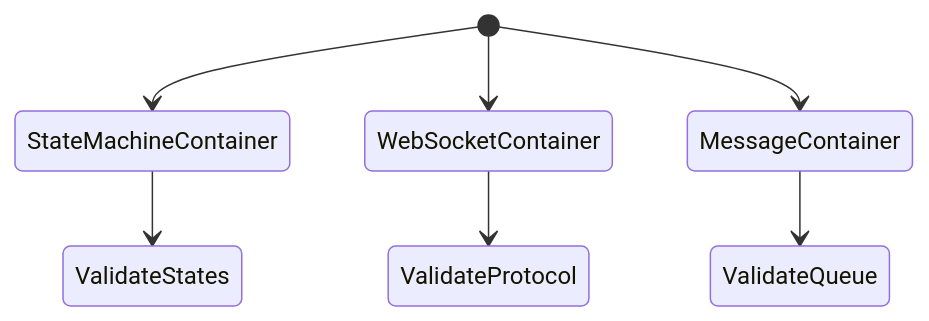
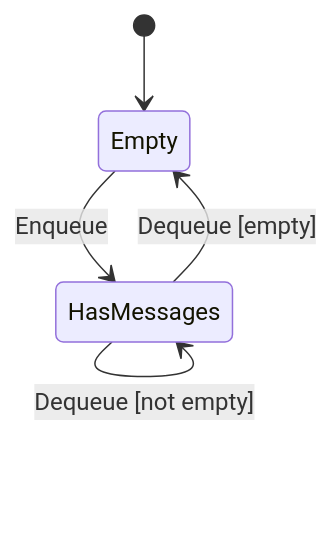
Before and after one commit to zhifengzhang-sz/qi-v2-dp: the tenth of 39 diagrams in docs/design/classes/core/networks/websocket/machine/v10/governance/design.process.outline.md, drawn with Mermaid. The commit also changed other lines of this file and 3 other files, not shown here.

````diff
--- a/docs/design/classes/core/networks/websocket/machine/v10/governance/design.process.outline.md
+++ b/docs/design/classes/core/networks/websocket/machine/v10/governance/design.process.outline.md
@@ -40,10 +259,8 @@
 ```mermaid
 stateDiagram-v2
-    [*] --> StateMachineContainer
-    [*] --> WebSocketContainer
-    [*] --> MessageContainer
-    
-    StateMachineContainer --> ValidateStates
-    WebSocketContainer --> ValidateProtocol
-    MessageContainer --> ValidateQueue
+    [*] --> Empty
+    Empty --> HasMessages: Enqueue
+    HasMessages --> HasMessages: Enqueue
+    HasMessages --> Empty: Dequeue [empty]
+    HasMessages --> HasMessages: Dequeue [not empty]
 ```
````
